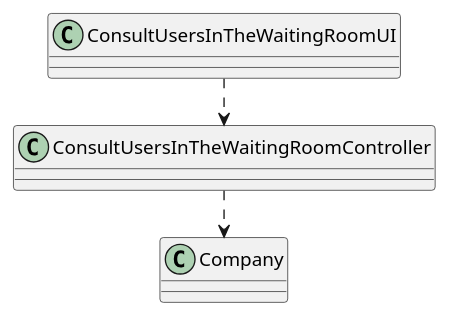
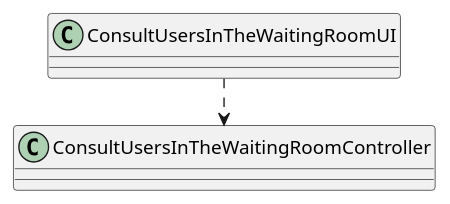
The diagram in docs/SprintC/US005/US005_CD.puml (Pirussa/lei-22-s2-1da-g02), drawn with PlantUML before and after one commit. The commit also changed 6 other files, not shown here.

Commit message:
US0005 - Modularization - Small changes on the Class Diagram. US0005 - Implementation - Small adjustments on the UI (linked with the NurseUI, and gets the list of Arrivals in a Vaccination Centre)

```diff
--- a/docs/SprintC/US005/US005_CD.puml
+++ b/docs/SprintC/US005/US005_CD.puml
@@ -1,19 +1,17 @@
 @startuml
 'https://plantuml.com/class-diagram
 
-class Company {
-}
+
 
 
 class ConsultUsersInTheWaitingRoomUI
 
 class ConsultUsersInTheWaitingRoomController{
 }
 
 
 left to right direction
 
 ConsultUsersInTheWaitingRoomUI .> ConsultUsersInTheWaitingRoomController
-ConsultUsersInTheWaitingRoomController .> Company
 
 @enduml
```
